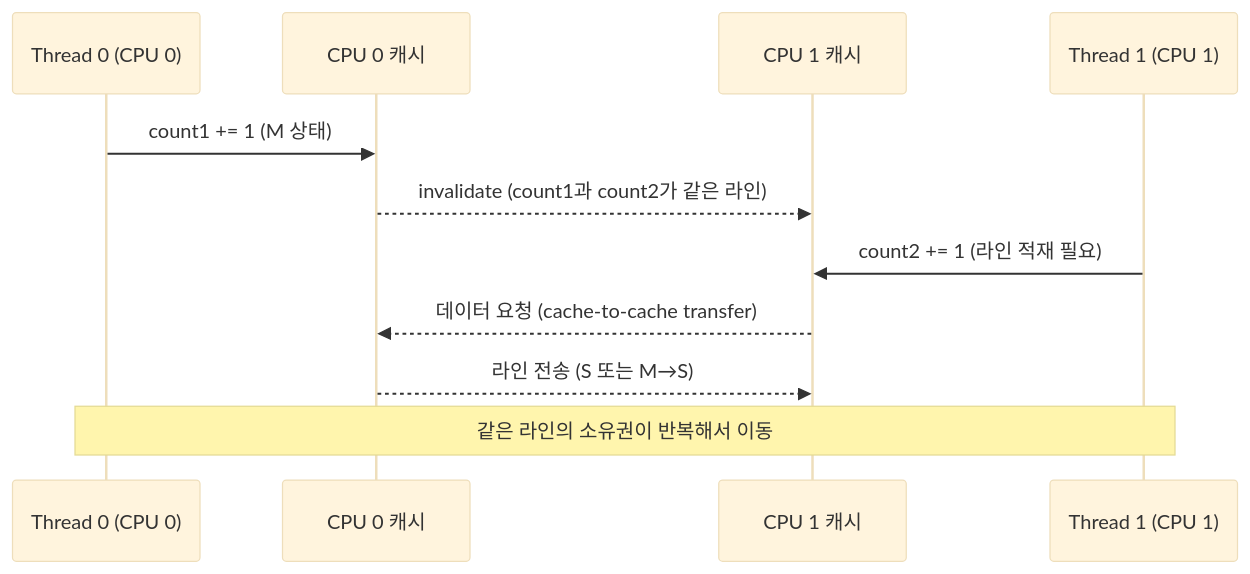
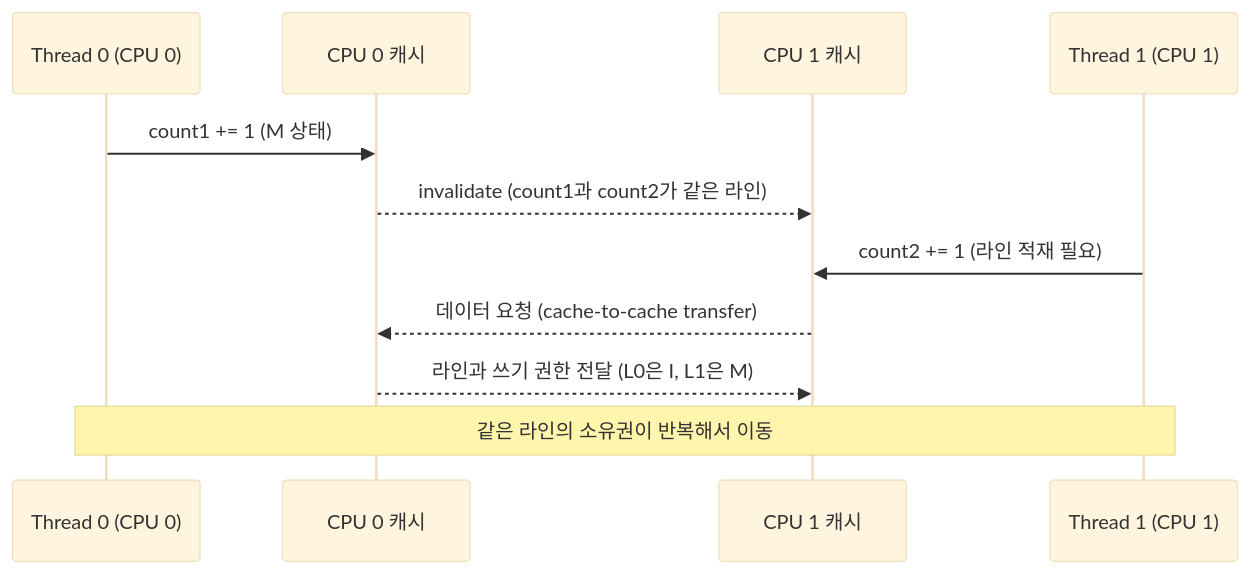
The fourth of 5 diagrams in parts/part02_memory_architecture.md (Rein-ArXiv/game-dev-curriculum), drawn with Mermaid (base theme) before and after one commit. The commit also changed other lines of this file and 231 other files, not shown here.

````diff
--- a/parts/part02_memory_architecture.md
+++ b/parts/part02_memory_architecture.md
@@ -245,14 +245,14 @@
 ```mermaid
 sequenceDiagram
     participant T0 as Thread 0 (CPU 0)
     participant L0 as CPU 0 캐시
     participant L1 as CPU 1 캐시
     participant T1 as Thread 1 (CPU 1)
 
     T0->>L0: count1 += 1 (M 상태)
     L0-->>L1: invalidate (count1과 count2가 같은 라인)
     T1->>L1: count2 += 1 (라인 적재 필요)
     L1-->>L0: 데이터 요청 (cache-to-cache transfer)
-    L0-->>L1: 라인 전송 (S 또는 M→S)
+    L0-->>L1: 라인과 쓰기 권한 전달 (L0은 I, L1은 M)
     Note over T0,T1: 같은 라인의 소유권이 반복해서 이동
 ```
````
